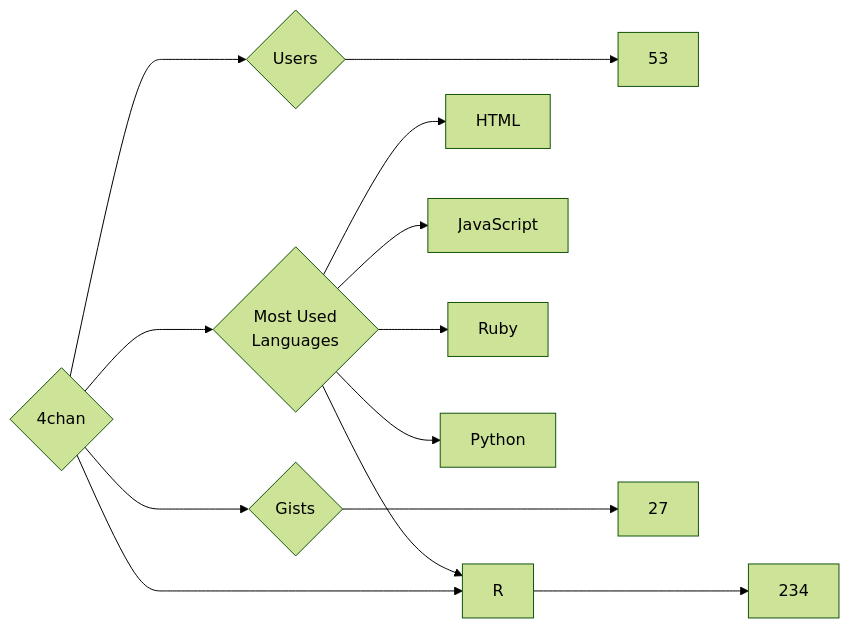
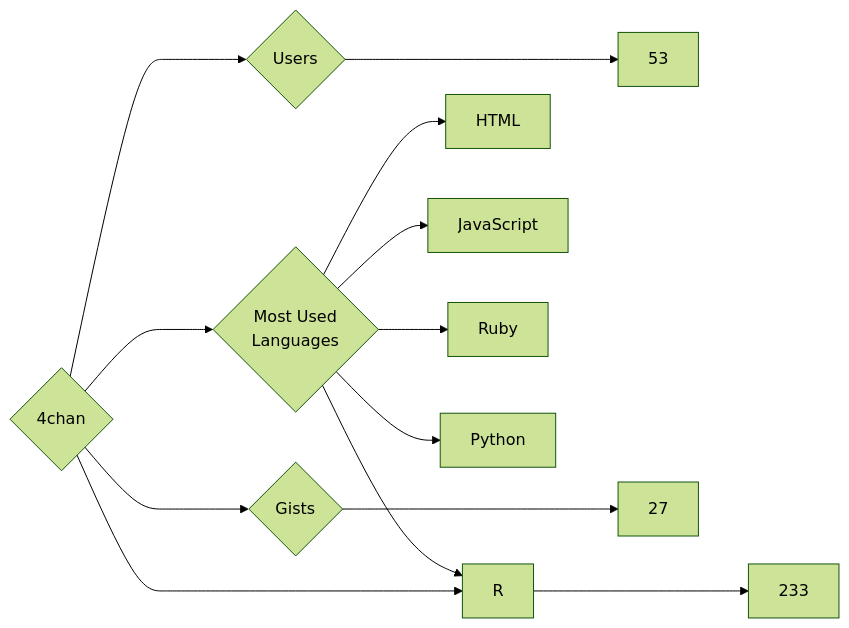
One commit to trickest/insiders changed the diagram in targets/4chan/README.md. Above: the diagram before and after it, drawn with Mermaid (forest theme). The commit also changed 815 other files, not shown here.

````diff
--- a/targets/4chan/README.md
+++ b/targets/4chan/README.md
@@ -3,13 +3,13 @@
 ```mermaid
 graph LR
 COMPANY_NAME{4chan}
 COMPANY_NAME ---> U{Users} ---> UN[53]
-COMPANY_NAME ---> R{Repositories} ---> RN[234]
+COMPANY_NAME ---> R{Repositories} ---> RN[233]
 COMPANY_NAME ---> G{Gists} ---> GN[27]
 COMPANY_NAME ---> ML{Most Used<br>Languages}
 ML --> HTML[HTML]
 ML --> JavaScript[JavaScript]
 ML --> Ruby[Ruby]
 ML --> Python[Python]
 ML --> R[R]
 ```
````
